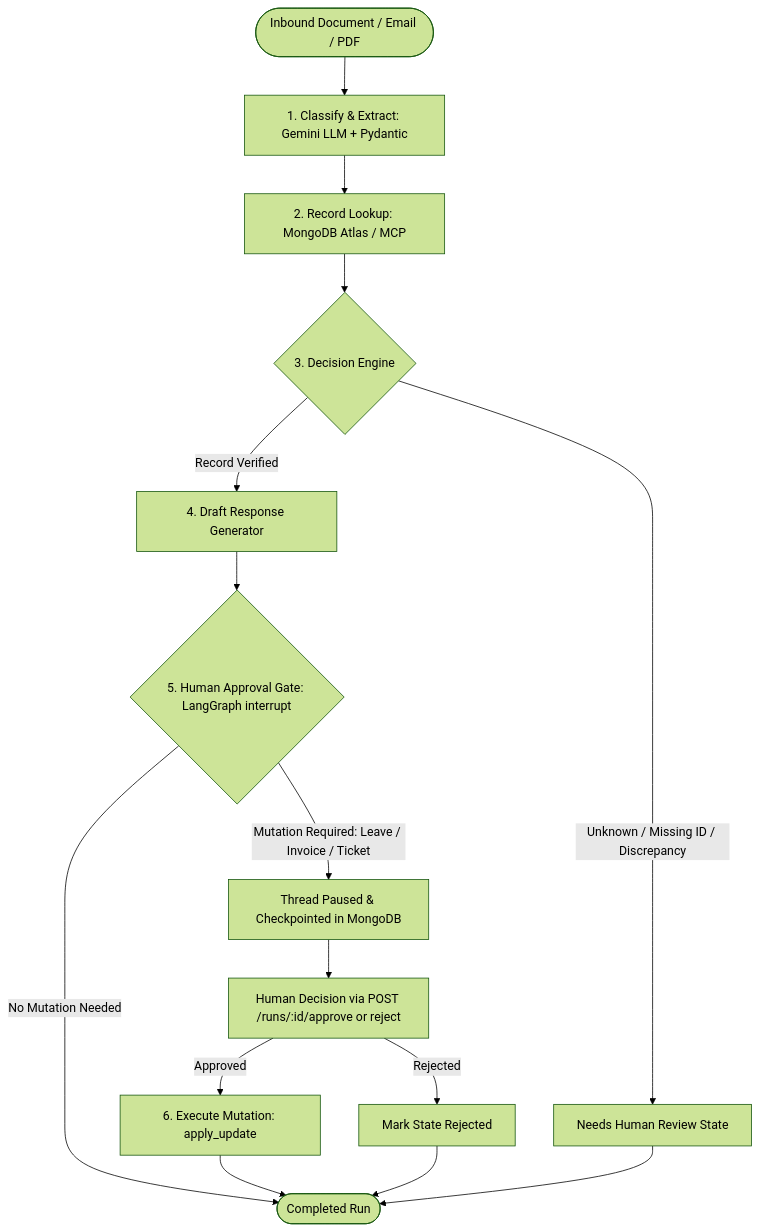
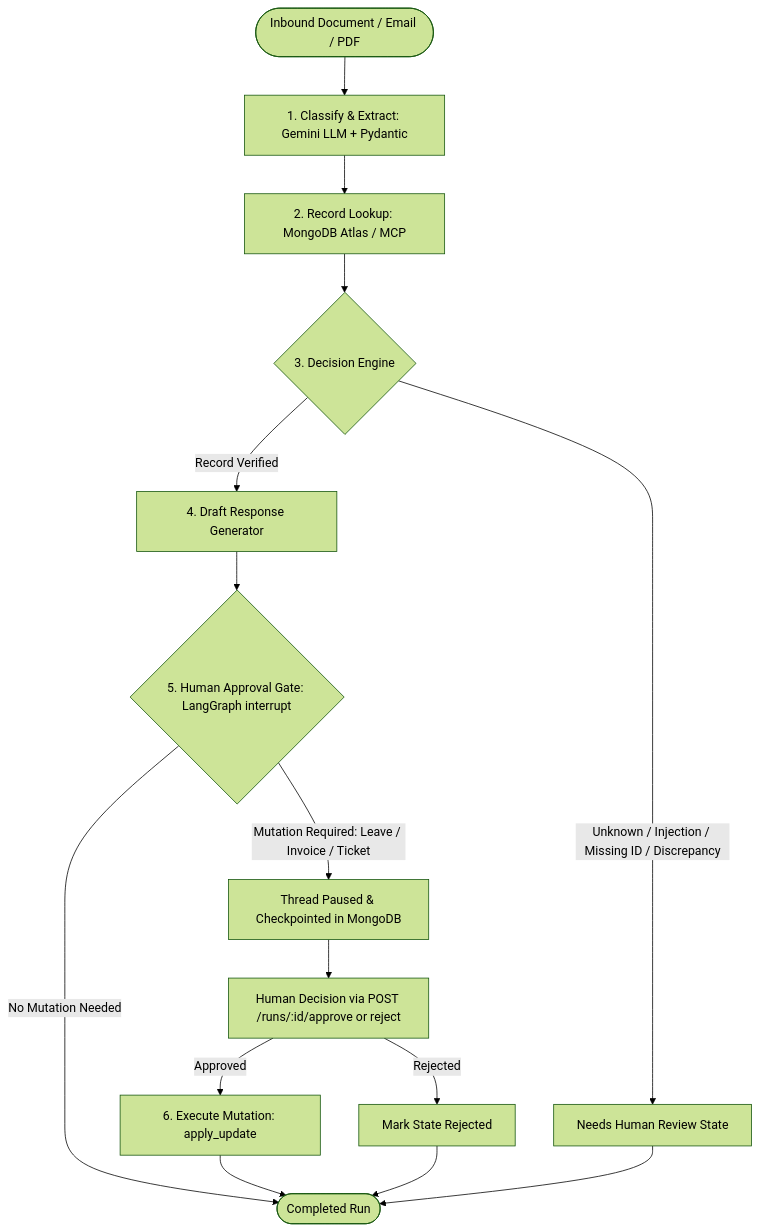
The diagram in README.md (om3105/inboxpilot), drawn with Mermaid (forest theme) before and after one commit. The commit also changed other lines of this file and 4 other files, not shown here.

First line of the commit message:
fix: route unknown and injection-flagged inputs to human review

````diff
--- a/README.md
+++ b/README.md
@@ -20,23 +20,23 @@
 ```mermaid
 graph TD
     Inbound([Inbound Document / Email / PDF]) --> Classify[1. Classify & Extract: Gemini LLM + Pydantic]
     Classify --> Lookup[2. Record Lookup: MongoDB Atlas / MCP]
     Lookup --> Decide{3. Decision Engine}
     
-    Decide -->|Unknown / Missing ID / Discrepancy| DeadLetter[Needs Human Review State]
+    Decide -->|Unknown / Injection / Missing ID / Discrepancy| DeadLetter[Needs Human Review State]
     Decide -->|Record Verified| Draft[4. Draft Response Generator]
     
     Draft --> Gate{5. Human Approval Gate: LangGraph interrupt}
     
     Gate -->|No Mutation Needed| Complete([Completed Run])
     Gate -->|Mutation Required: Leave / Invoice / Ticket| Paused[Thread Paused & Checkpointed in MongoDB]
     
     Paused --> API[Human Decision via POST /runs/:id/approve or reject]
     
     API -->|Approved| Exec[6. Execute Mutation: apply_update]
     API -->|Rejected| Reject[Mark State Rejected]
     
     Exec --> Complete
     Reject --> Complete
     DeadLetter --> Complete
 ```
````
